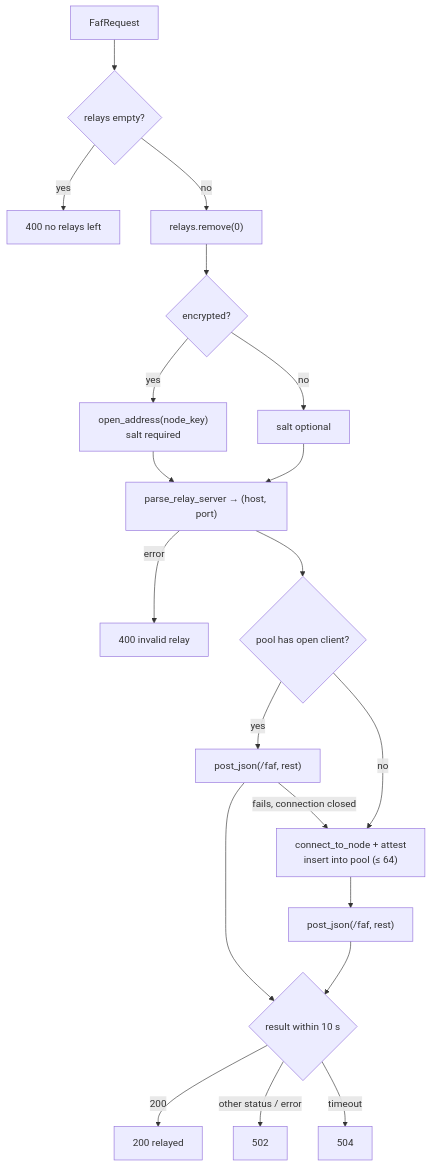
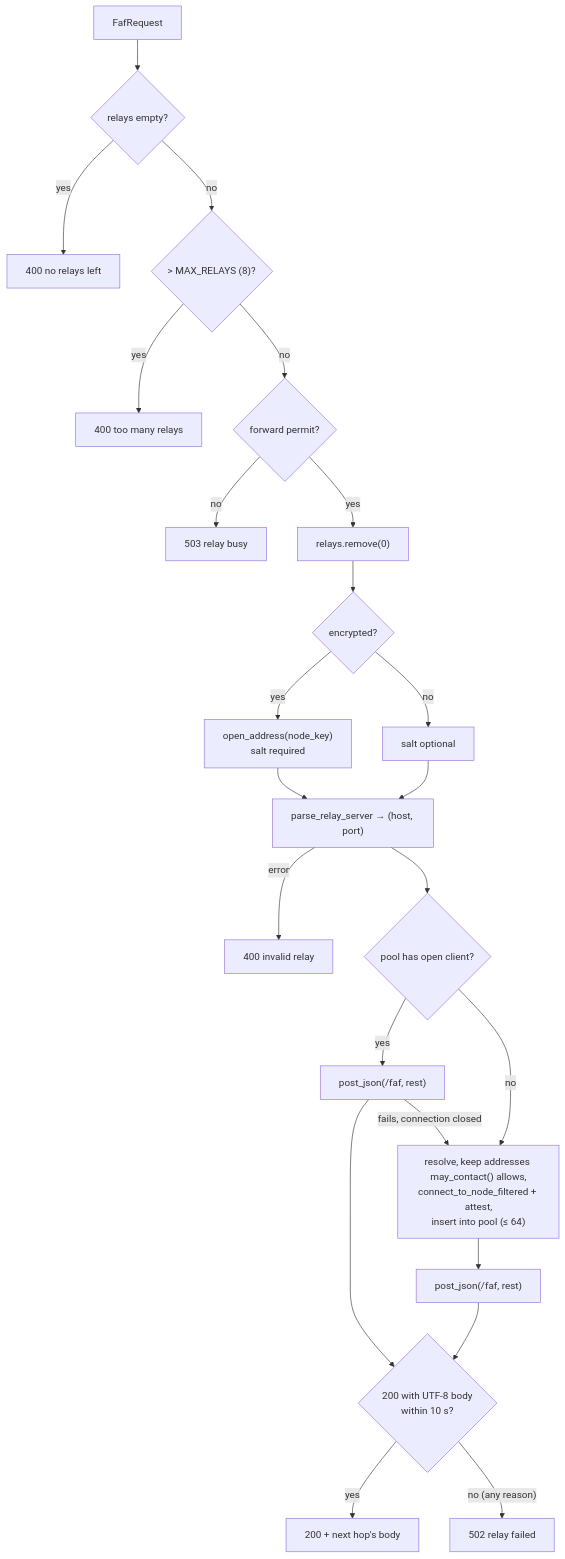
One commit to Lanetus/TTKServer changed the diagram in docs/src/relay.md. Above: the diagram before and after it, drawn with Mermaid. The commit also changed other lines of this file and 9 other files, not shown here.

First line of the commit message:
fix: update the mdBook architecture docs to the current workspace (#76)

````diff
--- a/docs/src/relay.md
+++ b/docs/src/relay.md
@@ -35,20 +39,23 @@
 ```mermaid
 flowchart TD
     A["FafRequest"] --> B{"relays empty?"}
     B -- yes --> E400["400 no relays left"]
-    B -- no --> C["relays.remove(0)"]
+    B -- no --> B2{"> MAX_RELAYS (8)?"}
+    B2 -- yes --> E400c["400 too many relays"]
+    B2 -- no --> P{"forward permit?"}
+    P -- no --> E503["503 relay busy"]
+    P -- yes --> C["relays.remove(0)"]
     C --> D{"encrypted?"}
     D -- yes --> D1["open_address(node_key)<br/>salt required"]
     D -- no --> D2["salt optional"]
     D1 & D2 --> F["parse_relay_server → (host, port)"]
     F -- error --> E400b["400 invalid relay"]
     F --> G{"pool has open client?"}
     G -- yes --> H["post_json(/faf, rest)"]
     H -- "fails, connection closed" --> I
-    G -- no --> I["connect_to_node + attest<br/>insert into pool (≤ 64)"]
+    G -- no --> I["resolve, keep addresses may_contact() allows,<br/>connect_to_node_filtered + attest,<br/>insert into pool (≤ 64)"]
     I --> H2["post_json(/faf, rest)"]
-    H & H2 --> J{"result within 10 s"}
-    J -- "200" --> OK["200 relayed"]
-    J -- "other status / error" --> E502["502"]
-    J -- timeout --> E504["504"]
+    H & H2 --> J{"200 with UTF-8 body<br/>within 10 s?"}
+    J -- yes --> OK["200 + next hop's body"]
+    J -- "no (any reason)" --> E502["502 relay failed"]
 ```
````
